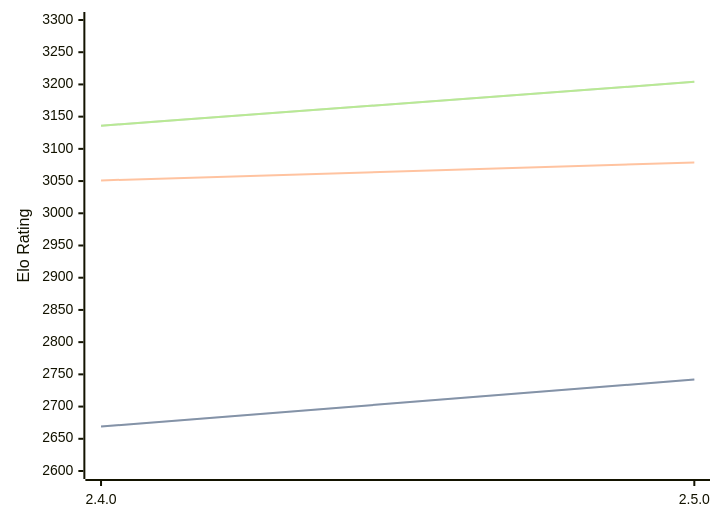
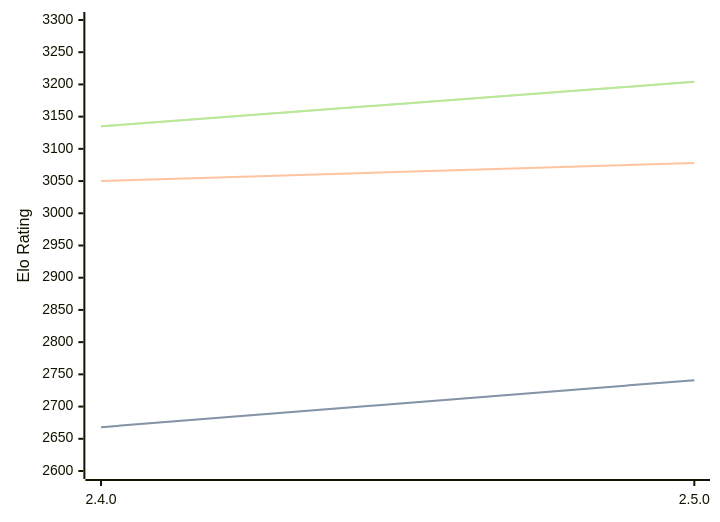
Before and after one commit to computer-chess-index/cci: the diagram in engines/Sturddle2.md, drawn with Mermaid. The commit also changed other lines of this file, not shown here.

Commit message:
Update CCI Ratings (ELO VLTC) - 2026-03-07

````diff
--- a/engines/Sturddle2.md
+++ b/engines/Sturddle2.md
@@ -35,11 +35,11 @@
 ```mermaid
 %%{init: {"theme":"base","themeVariables":{"seriesColors:['#a3a3a3','#222221','#faa371']}}}%%
 xychart-beta
   x-axis ["2.4.0", "2.5.0"]
   y-axis "Elo Rating" 2600 --> 3300
-  line "STC (8.0+0.08s)" [2669, 2742]
-  line "STC (8.0+0.08s)" [2669, 2742]
-  line "LTC (60.0+0.60s)" [3051, 3079]
-  line "VLTC (2m24s+1.12s)" [3136, 3204]
-  line "VLTC (2m24s+1.12s)" [3136, 3204]
+  line "STC (8.0+0.08s)" [2668, 2741]
+  line "STC (8.0+0.08s)" [2668, 2741]
+  line "LTC (60.0+0.60s)" [3050, 3078]
+  line "VLTC (2m24s+1.12s)" [3135, 3204]
+  line "VLTC (2m24s+1.12s)" [3135, 3204]
 ```
````
